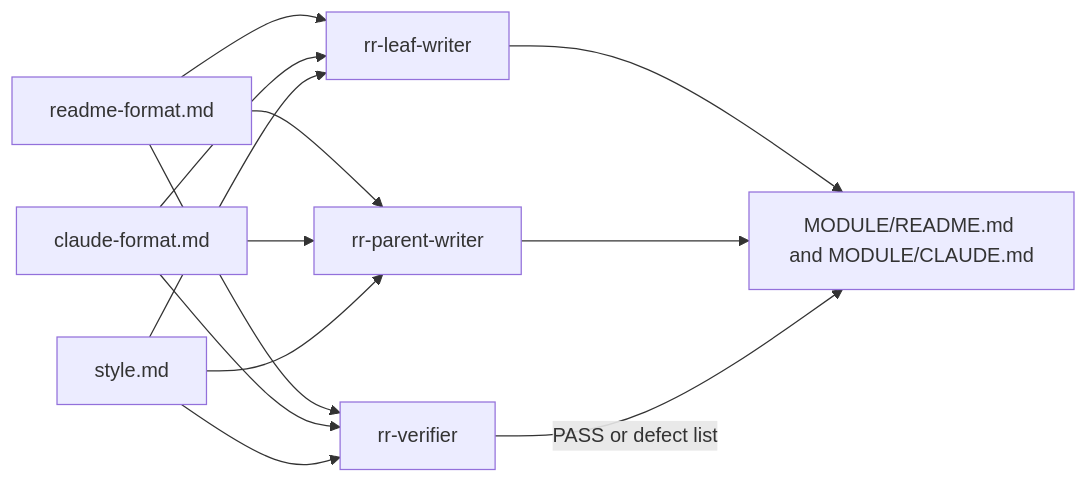
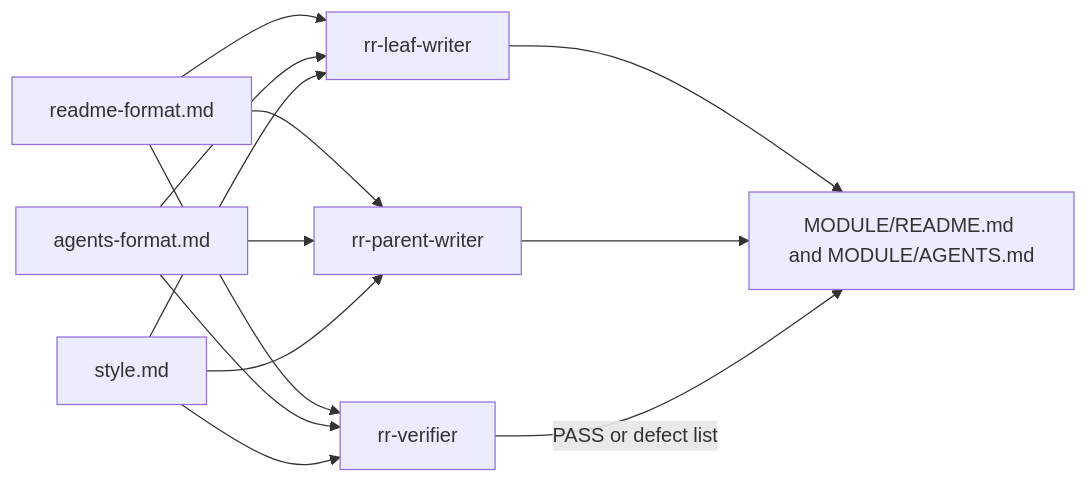
Before and after one commit to NikolasMarkou/repo-remap: the diagram in src/references/README.md, drawn with Mermaid. The commit also changed other lines of this file and 23 other files, not shown here.

Commit message:
[skill] Rename CLAUDE.md to AGENTS.md with legacy migration shim, release 1.2.0

````diff
--- a/src/references/README.md
+++ b/src/references/README.md
@@ -11,15 +11,15 @@
 ```mermaid
 flowchart LR
     RF[readme-format.md] --> LW[rr-leaf-writer]
-    CF[claude-format.md] --> LW
+    CF[agents-format.md] --> LW
     ST[style.md] --> LW
     RF --> PW[rr-parent-writer]
     CF --> PW
     ST --> PW
     RF --> V[rr-verifier]
     CF --> V
     ST --> V
-    LW --> D[MODULE/README.md and MODULE/CLAUDE.md]
+    LW --> D[MODULE/README.md and MODULE/AGENTS.md]
     PW --> D
     V -->|PASS or defect list| D
 ```
````
